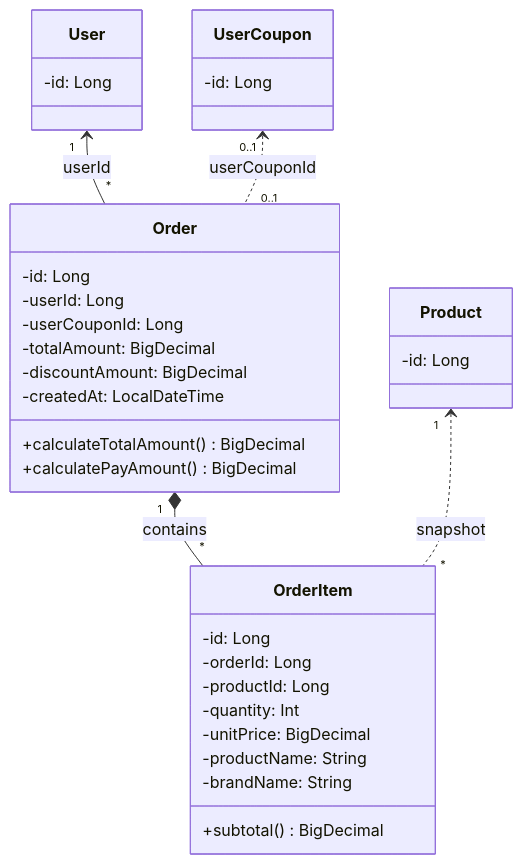
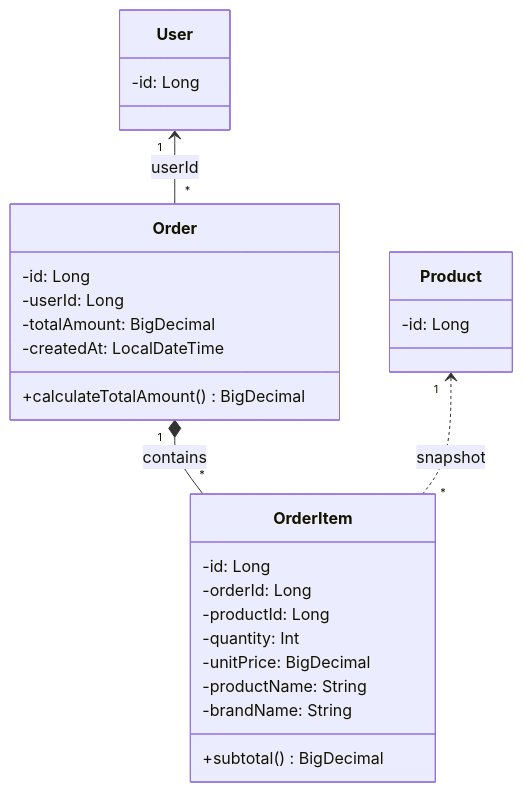
Before and after one commit to Loopers-dev-lab/loop-pack-be-l2-vol3-kotlin: the sixth of 6 diagrams in docs/design/03-class-diagram.md, drawn with Mermaid. The commit also changed other lines of this file and 3 other files, not shown here.

````diff
--- a/docs/design/03-class-diagram.md
+++ b/docs/design/03-class-diagram.md
@@ -292,41 +227,33 @@
 ```mermaid
 classDiagram
     class Order {
         -id: Long
         -userId: Long
-        -userCouponId: Long
         -totalAmount: BigDecimal
-        -discountAmount: BigDecimal
         -createdAt: LocalDateTime
         +calculateTotalAmount() BigDecimal
-        +calculatePayAmount() BigDecimal
     }
 
     class OrderItem {
         -id: Long
         -orderId: Long
         -productId: Long
         -quantity: Int
         -unitPrice: BigDecimal
         -productName: String
         -brandName: String
         +subtotal() BigDecimal
     }
 
     class User {
         -id: Long
     }
 
     class Product {
         -id: Long
     }
 
-    class UserCoupon {
-        -id: Long
-    }
-
     User "1" <-- "*" Order : userId
-    UserCoupon "0..1" <.. "0..1" Order : userCouponId
     Order "1" *-- "*" OrderItem : contains
     Product "1" <.. "*" OrderItem : snapshot
 ```
````
